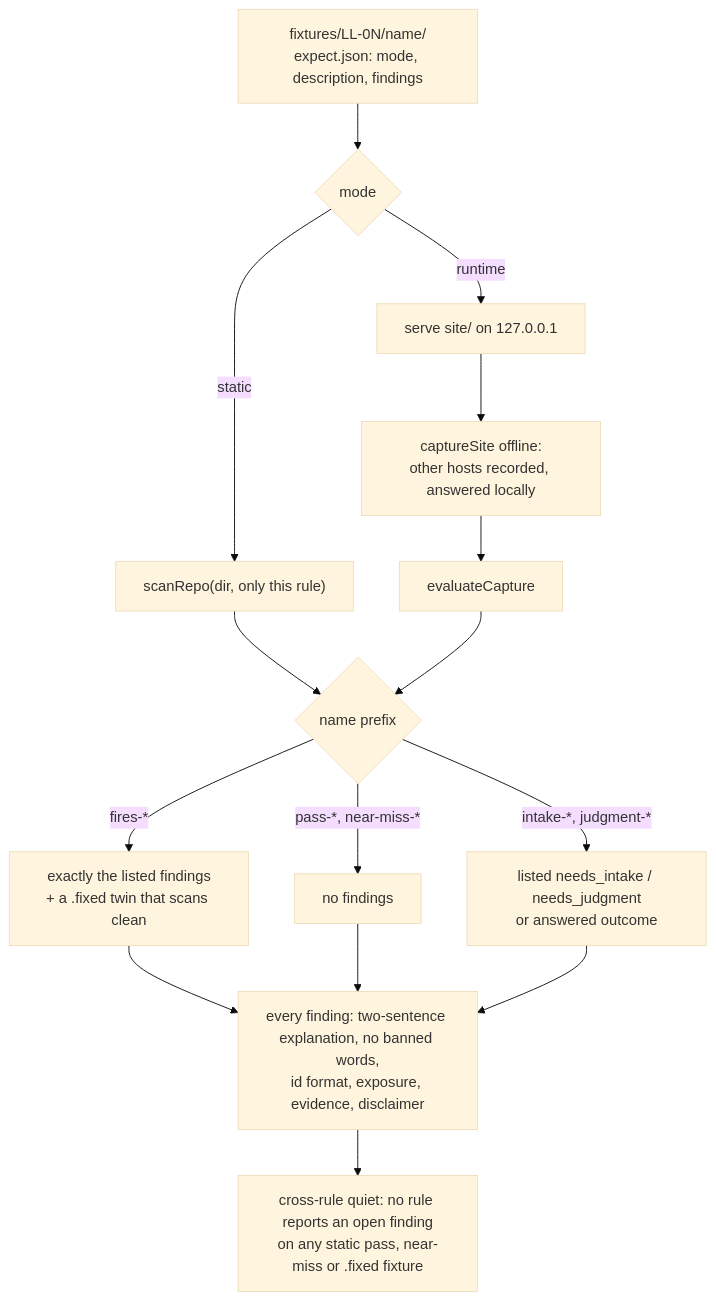
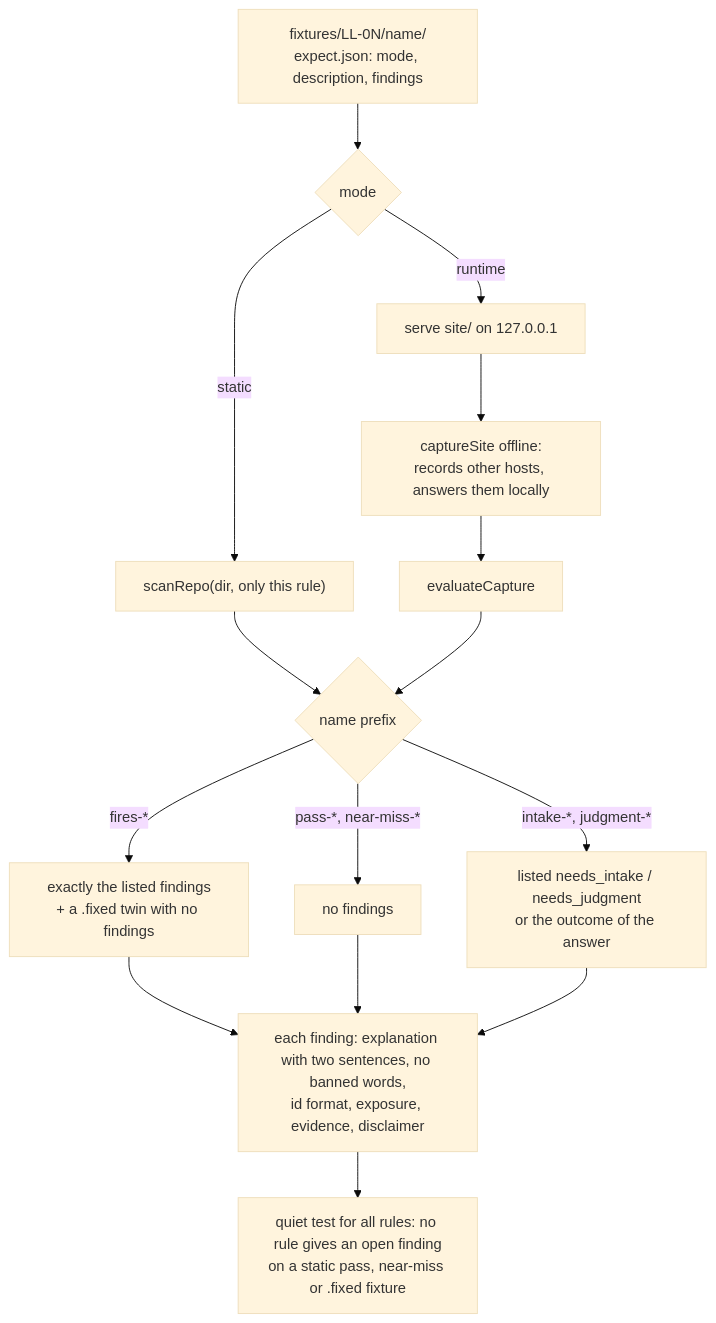
Diagram 13 of 13 in docs/architecture.md (raghavg27/legal-linter), drawn with Mermaid (base theme) before and after one commit. The commit also changed other lines of this file and 7 other files, not shown here.

Commit message:
docs: rewrite README, CLAUDE.md, contributor docs and architecture diagrams in ASD-STE100 style

````diff
--- a/docs/architecture.md
+++ b/docs/architecture.md
@@ -324,16 +324,16 @@
 ```mermaid
 flowchart TD
   dir["fixtures/LL-0N/name/<br/>expect.json: mode, description, findings"] --> mode{"mode"}
   mode -->|static| sr["scanRepo(dir, only this rule)"]
-  mode -->|runtime| srv["serve site/ on 127.0.0.1"] --> cap["captureSite offline:<br/>other hosts recorded, answered locally"] --> ev["evaluateCapture"]
+  mode -->|runtime| srv["serve site/ on 127.0.0.1"] --> cap["captureSite offline:<br/>records other hosts, answers them locally"] --> ev["evaluateCapture"]
   sr --> cmp
   ev --> cmp
   cmp{"name prefix"}
-  cmp -->|"fires-*"| f1["exactly the listed findings<br/>+ a .fixed twin that scans clean"]
+  cmp -->|"fires-*"| f1["exactly the listed findings<br/>+ a .fixed twin with no findings"]
   cmp -->|"pass-*, near-miss-*"| f2["no findings"]
-  cmp -->|"intake-*, judgment-*"| f3["listed needs_intake / needs_judgment<br/>or answered outcome"]
-  f1 --> shape["every finding: two-sentence explanation, no banned words,<br/>id format, exposure, evidence, disclaimer"]
+  cmp -->|"intake-*, judgment-*"| f3["listed needs_intake / needs_judgment<br/>or the outcome of the answer"]
+  f1 --> shape["each finding: explanation with two sentences, no banned words,<br/>id format, exposure, evidence, disclaimer"]
   f2 --> shape
   f3 --> shape
-  shape --> cross["cross-rule quiet: no rule reports an open finding<br/>on any static pass, near-miss or .fixed fixture"]
+  shape --> cross["quiet test for all rules: no rule gives an open finding<br/>on a static pass, near-miss or .fixed fixture"]
 ```
````
